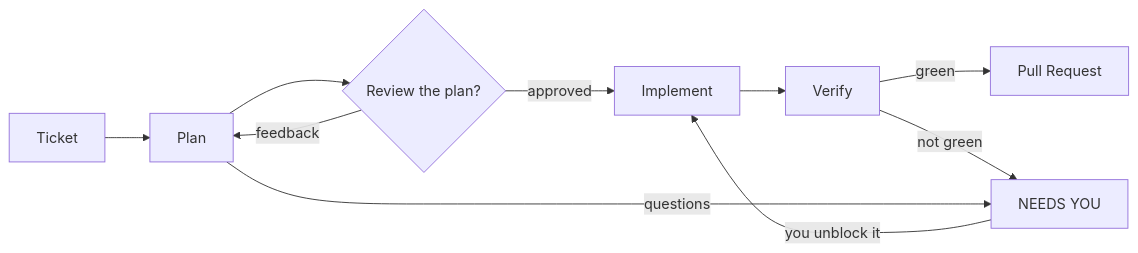
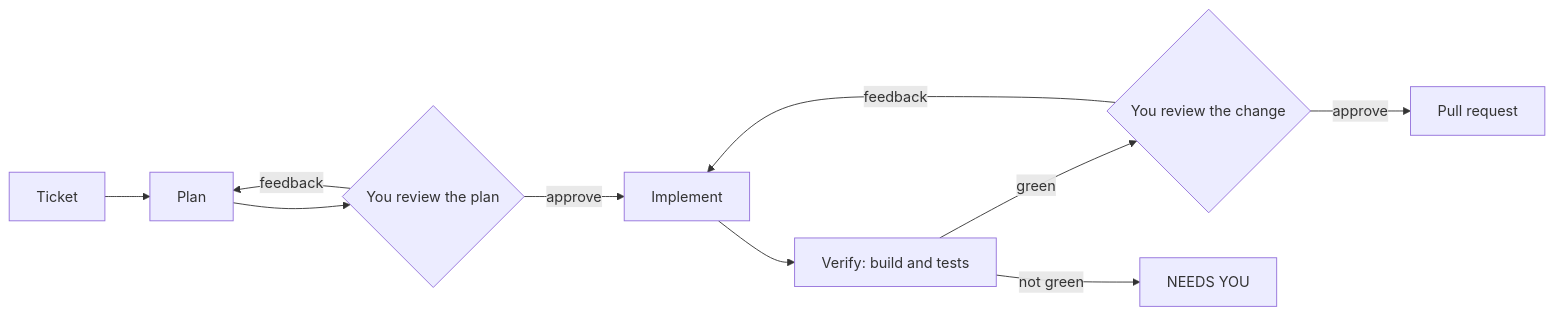
Before and after one commit to Apple-Pie-AI/pie-tui: the first of 3 diagrams in README.md, drawn with Mermaid. The commit also changed other lines of this file and 1 other file, not shown here.

````diff
--- a/README.md
+++ b/README.md
@@ -28,12 +33,12 @@
 ```mermaid
 flowchart LR
   T["Ticket"] --> P["Plan"]
-  P --> G{"Review the plan?"}
-  G -->|approved| I["Implement"]
+  P --> G{"You review the plan"}
   G -->|feedback| P
-  I --> V["Verify"]
-  V -->|green| R["Pull Request"]
+  G -->|approve| I["Implement"]
+  I --> V["Verify: build and tests"]
+  V -->|green| C{"You review the change"}
+  C -->|feedback| I
+  C -->|approve| R["Pull request"]
   V -->|"not green"| N["NEEDS YOU"]
-  P -->|questions| N
-  N -->|"you unblock it"| I
 ```
````
